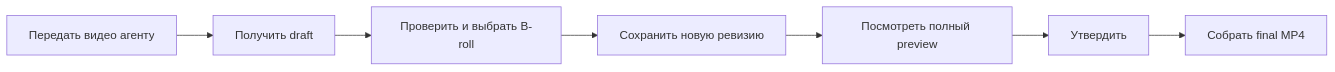
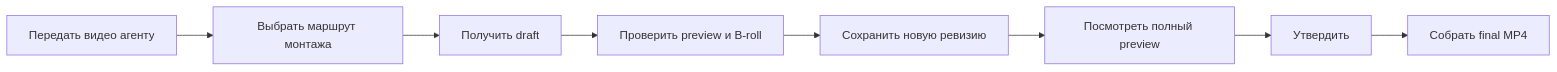
One commit to mcdenil-skills/AutoMontage-Agent changed the first of 2 diagrams in docs/MONTAGE-GUIDE.md. Above: the diagram before and after it, drawn with Mermaid. The commit also changed other lines of this file and 26 other files, not shown here.

````diff
--- a/docs/MONTAGE-GUIDE.md
+++ b/docs/MONTAGE-GUIDE.md
@@ -6,9 +6,10 @@
 ```mermaid
 flowchart LR
-  A[Передать видео агенту] --> B[Получить draft]
-  B --> C[Проверить и выбрать B-roll]
+  A[Передать видео агенту] --> R[Выбрать маршрут монтажа]
+  R --> B[Получить draft]
+  B --> C[Проверить preview и B-roll]
   C --> D[Сохранить новую ревизию]
   D --> E[Посмотреть полный preview]
   E --> F[Утвердить]
   F --> G[Собрать final MP4]
 ```
````
